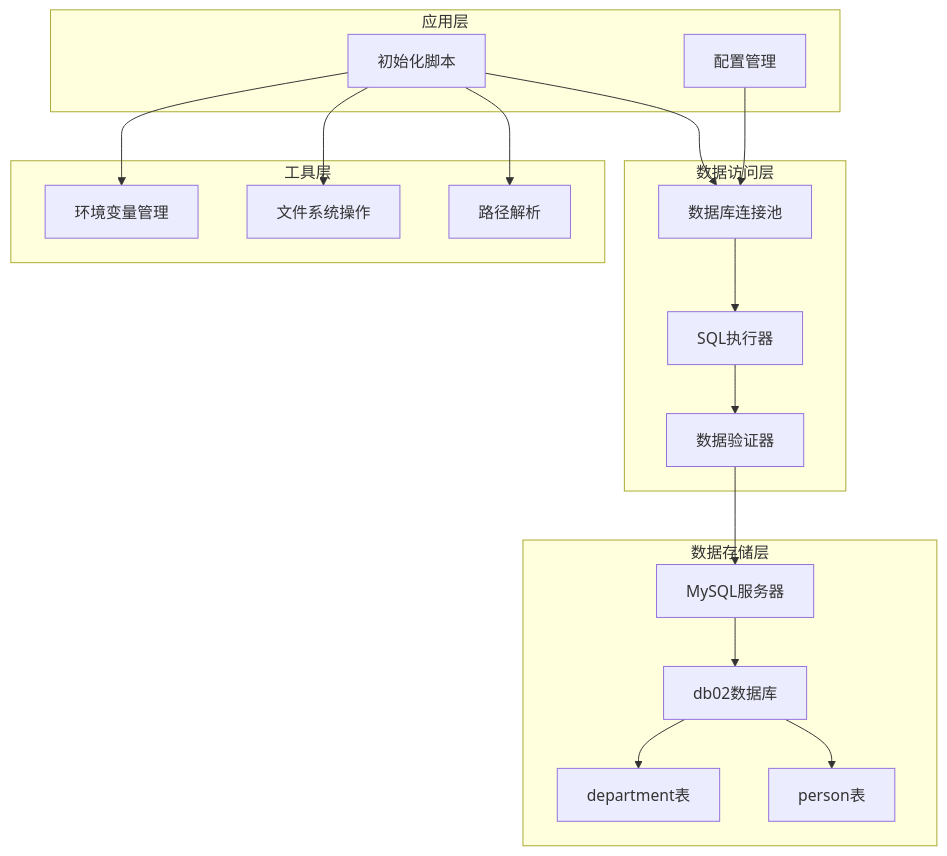
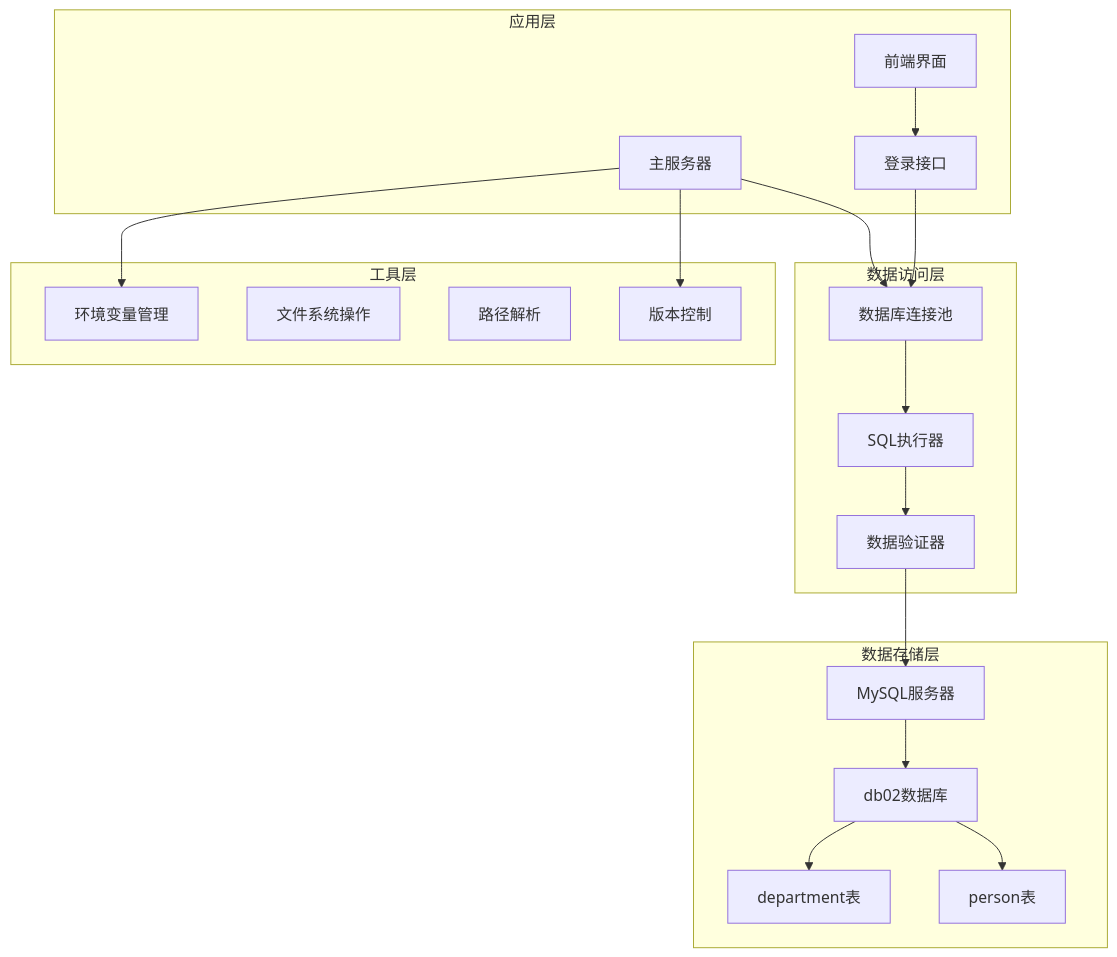
The third of 9 diagrams in .qoder/repowiki/zh/content/项目概述.md (lane6008/fileTest), drawn with Mermaid before and after one commit. The commit also changed other lines of this file and 2 other files, not shown here.

````diff
--- a/.qoder/repowiki/zh/content/项目概述.md
+++ b/.qoder/repowiki/zh/content/项目概述.md
@@ -175,34 +200,36 @@
 ```mermaid
 graph TD
 subgraph "应用层"
-InitScript[初始化脚本]
-Config[配置管理]
+Server[主服务器]
+Login[登录接口]
+Frontend[前端界面]
 end
 subgraph "数据访问层"
-DBConnection[数据库连接池]
+DBPool[数据库连接池]
 SQLExecutor[SQL执行器]
 Validator[数据验证器]
 end
 subgraph "数据存储层"
 MySQL[MySQL服务器]
 DB02[db02数据库]
 DepartmentTable[department表]
 PersonTable[person表]
 end
 subgraph "工具层"
 Dotenv[环境变量管理]
 FS[文件系统操作]
 Path[路径解析]
+Git[版本控制]
 end
-InitScript --> DBConnection
-Config --> DBConnection
-DBConnection --> SQLExecutor
+Server --> DBPool
+Login --> DBPool
+Frontend --> Login
+DBPool --> SQLExecutor
 SQLExecutor --> Validator
 Validator --> MySQL
 MySQL --> DB02
 DB02 --> DepartmentTable
 DB02 --> PersonTable
-InitScript --> Dotenv
-InitScript --> FS
-InitScript --> Path
+Server --> Dotenv
+Server --> Git
 ```
````
